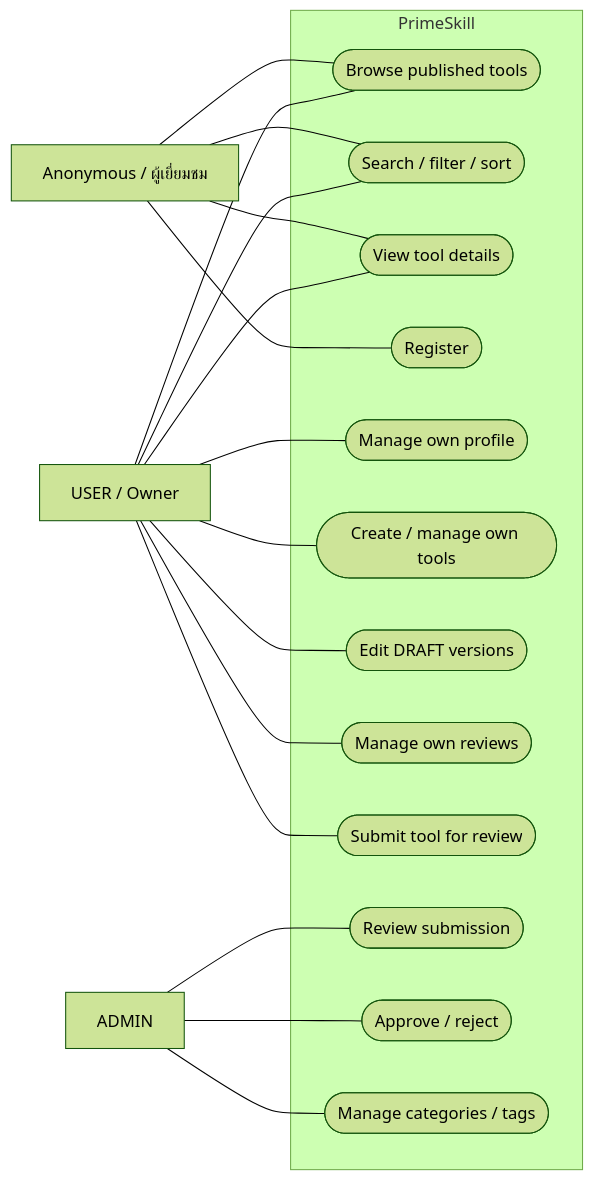
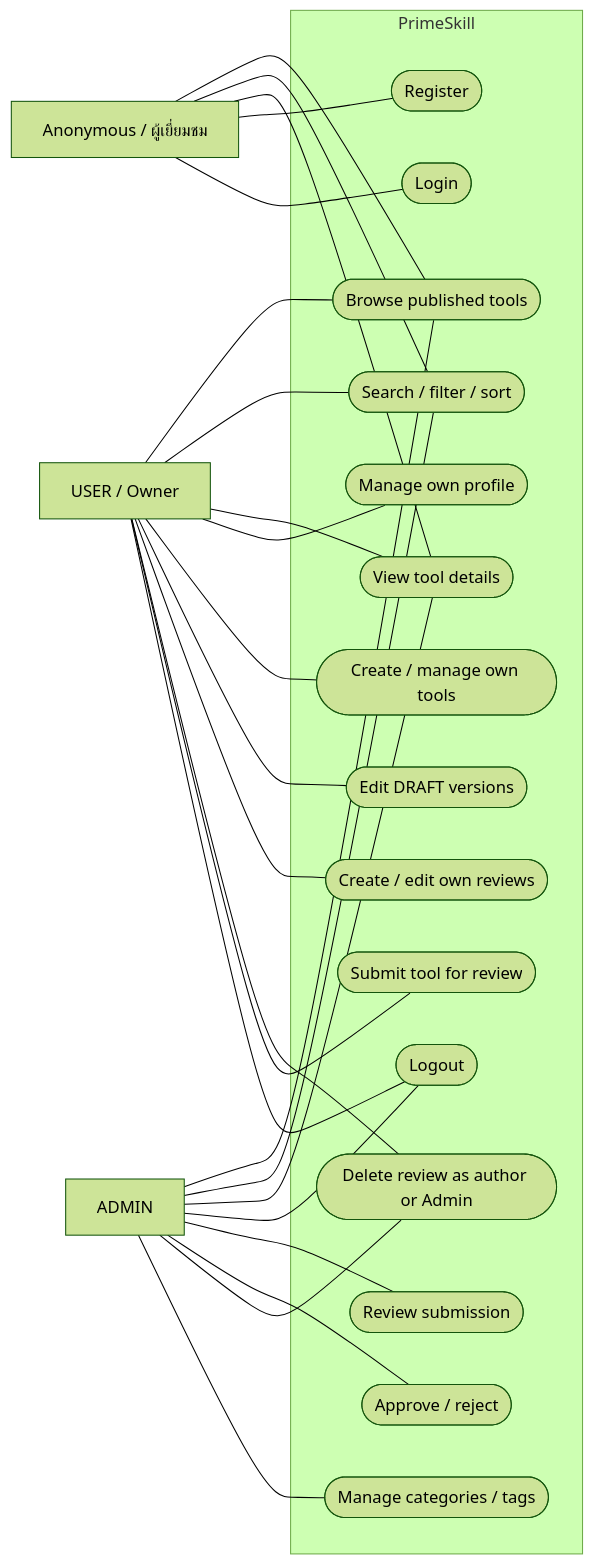
The first of 16 diagrams in doc/diagrams/design-patterns.md (aarktik/PrimeSkill), drawn with Mermaid (forest theme) before and after one commit. The commit also changed other lines of this file, not shown here.

Commit message:
แก้ Activity Diagram, เงื่อนไข UC-06 และ Class Diagram

````diff
--- a/doc/diagrams/design-patterns.md
+++ b/doc/diagrams/design-patterns.md
@@ -9,37 +9,48 @@
 ```mermaid
 flowchart LR
     visitor["Anonymous / ผู้เยี่ยมชม"]
     member["USER / Owner"]
     admin["ADMIN"]
 
     subgraph system["PrimeSkill"]
         browse([Browse published tools])
         search([Search / filter / sort])
         detail([View tool details])
         register([Register])
+        login([Login])
+        logout([Logout])
         profile([Manage own profile])
         manage([Create / manage own tools])
         versions([Edit DRAFT versions])
-        review([Manage own reviews])
+        review([Create / edit own reviews])
+        deleteReview([Delete review as author or Admin])
         publish([Submit tool for review])
         moderate([Review submission])
         approve([Approve / reject])
         refs([Manage categories / tags])
     end
 
     visitor --- browse
     visitor --- search
     visitor --- detail
     visitor --- register
+    visitor --- login
     member --- browse
     member --- search
     member --- detail
     member --- profile
     member --- manage
     member --- versions
     member --- review
+    member --- deleteReview
     member --- publish
+    member --- logout
+    admin --- browse
+    admin --- search
+    admin --- detail
+    admin --- logout
     admin --- moderate
     admin --- approve
+    admin --- deleteReview
     admin --- refs
 ```
````
